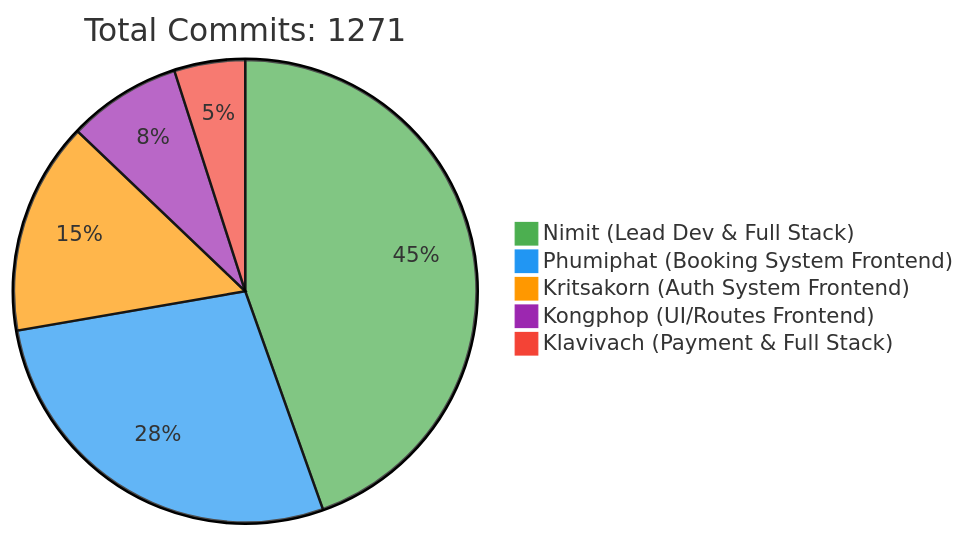
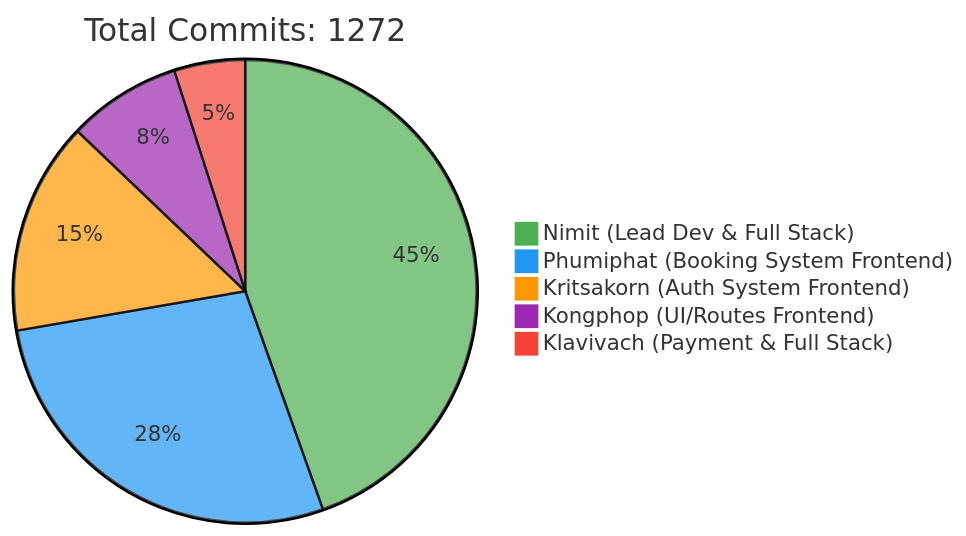
One commit to 6531503042/Sport-Complex changed the first of 2 diagrams in README.md. Above: the diagram before and after it, drawn with Mermaid. The commit also changed other lines of this file, not shown here.

Commit message:
docs: Update contributor statistics [skip ci]

````diff
--- a/README.md
+++ b/README.md
@@ -257,10 +257,10 @@
 ```mermaid
 %%{init: {'theme': 'base', 'themeVariables': { 'pie1': '#4CAF50', 'pie2': '#2196F3', 'pie3': '#FF9800', 'pie4': '#9C27B0', 'pie5': '#F44336'}}}%%
 pie
-    title Total Commits: 1271
+    title Total Commits: 1272
     "Nimit (Lead Dev & Full Stack)" : 450
     "Phumiphat (Booking System Frontend)" : 280
     "Kritsakorn (Auth System Frontend)" : 150
     "Kongphop (UI/Routes Frontend)" : 80
     "Klavivach (Payment & Full Stack)" : 50
 ```
````
